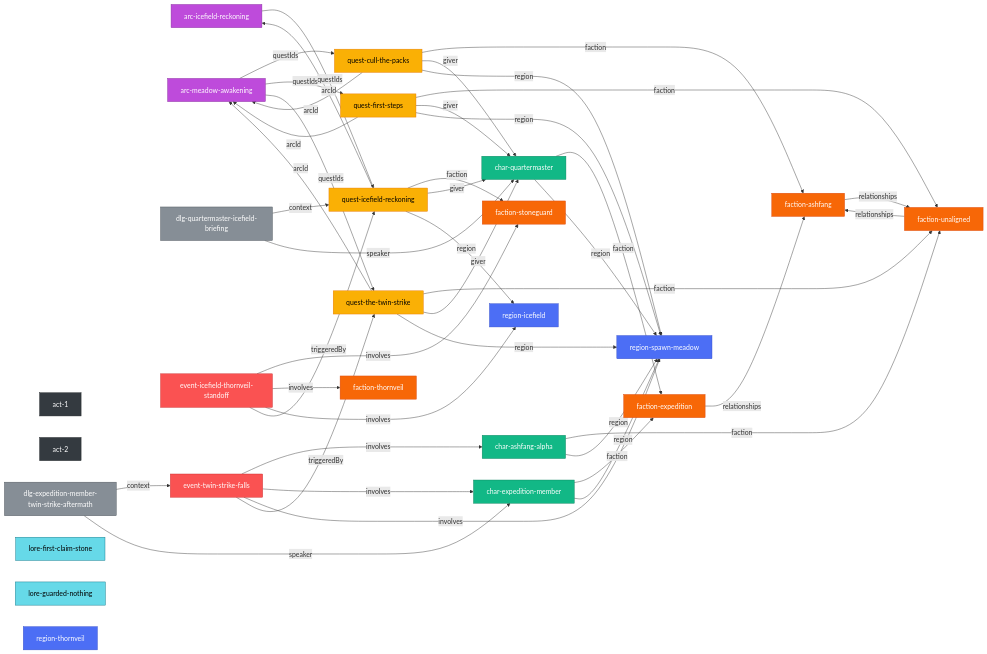
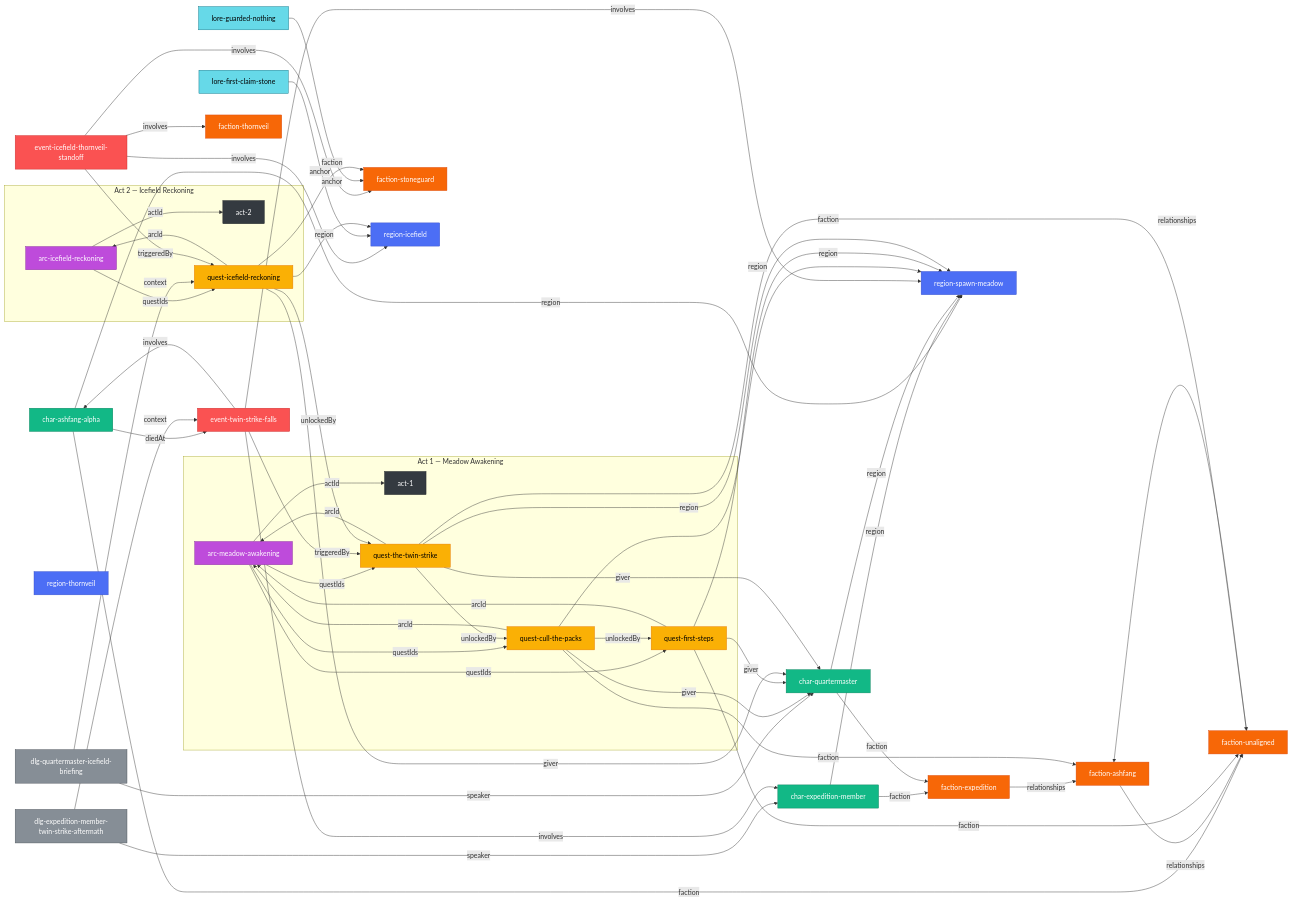
One commit to montionugera/atlas-world-svc changed the diagram in docs/story/story-graph.md. Above: the diagram before and after it, drawn with Mermaid. The commit also changed other lines of this file and 2 other files, not shown here.

Commit message:
feat: mermaid act subgraphs + v2 edges (narrative v2 T4)

````diff
--- a/docs/story/story-graph.md
+++ b/docs/story/story-graph.md
@@ -23,10 +26,18 @@
   classDef dialogue fill:#868E96,color:#fff,stroke:#495057,stroke-width:1px
   classDef lore fill:#66D9E8,color:#000,stroke:#0B7285,stroke-width:1px
 
-  n_act_1["act-1"]:::act
-  n_act_2["act-2"]:::act
-  n_arc_icefield_reckoning["arc-icefield-reckoning"]:::arc
-  n_arc_meadow_awakening["arc-meadow-awakening"]:::arc
+  subgraph sg_n_act_1["Act 1 — Meadow Awakening"]
+    n_act_1["act-1"]:::act
+    n_arc_meadow_awakening["arc-meadow-awakening"]:::arc
+    n_quest_cull_the_packs["quest-cull-the-packs"]:::quest
+    n_quest_first_steps["quest-first-steps"]:::quest
+    n_quest_the_twin_strike["quest-the-twin-strike"]:::quest
+  end
+  subgraph sg_n_act_2["Act 2 — Icefield Reckoning"]
+    n_act_2["act-2"]:::act
+    n_arc_icefield_reckoning["arc-icefield-reckoning"]:::arc
+    n_quest_icefield_reckoning["quest-icefield-reckoning"]:::quest
+  end
   n_char_ashfang_alpha["char-ashfang-alpha"]:::character
   n_char_expedition_member["char-expedition-member"]:::character
   n_char_quartermaster["char-quartermaster"]:::character
@@ -41,18 +52,17 @@
   n_faction_unaligned["faction-unaligned"]:::faction
   n_lore_first_claim_stone["lore-first-claim-stone"]:::lore
   n_lore_guarded_nothing["lore-guarded-nothing"]:::lore
-  n_quest_cull_the_packs["quest-cull-the-packs"]:::quest
-  n_quest_first_steps["quest-first-steps"]:::quest
-  n_quest_icefield_reckoning["quest-icefield-reckoning"]:::quest
-  n_quest_the_twin_strike["quest-the-twin-strike"]:::quest
   n_region_icefield["region-icefield"]:::region
   n_region_spawn_meadow["region-spawn-meadow"]:::region
   n_region_thornveil["region-thornveil"]:::region
 
+  n_arc_icefield_reckoning -->|actId| n_act_2
   n_arc_icefield_reckoning -->|questIds| n_quest_icefield_reckoning
+  n_arc_meadow_awakening -->|actId| n_act_1
   n_arc_meadow_awakening -->|questIds| n_quest_cull_the_packs
   n_arc_meadow_awakening -->|questIds| n_quest_first_steps
   n_arc_meadow_awakening -->|questIds| n_quest_the_twin_strike
+  n_char_ashfang_alpha -->|diedAt| n_event_twin_strike_falls
   n_char_ashfang_alpha -->|faction| n_faction_unaligned
   n_char_ashfang_alpha -->|region| n_region_spawn_meadow
   n_char_expedition_member -->|faction| n_faction_expedition
@@ -74,10 +84,13 @@
   n_faction_ashfang -->|relationships| n_faction_unaligned
   n_faction_expedition -->|relationships| n_faction_ashfang
   n_faction_unaligned -->|relationships| n_faction_ashfang
+  n_lore_first_claim_stone -->|anchor| n_region_icefield
+  n_lore_guarded_nothing -->|anchor| n_faction_stoneguard
   n_quest_cull_the_packs -->|arcId| n_arc_meadow_awakening
   n_quest_cull_the_packs -->|faction| n_faction_ashfang
   n_quest_cull_the_packs -->|giver| n_char_quartermaster
   n_quest_cull_the_packs -->|region| n_region_spawn_meadow
+  n_quest_cull_the_packs -->|unlockedBy| n_quest_first_steps
   n_quest_first_steps -->|arcId| n_arc_meadow_awakening
   n_quest_first_steps -->|faction| n_faction_unaligned
   n_quest_first_steps -->|giver| n_char_quartermaster
@@ -86,8 +99,10 @@
   n_quest_icefield_reckoning -->|faction| n_faction_stoneguard
   n_quest_icefield_reckoning -->|giver| n_char_quartermaster
   n_quest_icefield_reckoning -->|region| n_region_icefield
+  n_quest_icefield_reckoning -->|unlockedBy| n_quest_the_twin_strike
   n_quest_the_twin_strike -->|arcId| n_arc_meadow_awakening
   n_quest_the_twin_strike -->|faction| n_faction_unaligned
   n_quest_the_twin_strike -->|giver| n_char_quartermaster
   n_quest_the_twin_strike -->|region| n_region_spawn_meadow
+  n_quest_the_twin_strike -->|unlockedBy| n_quest_cull_the_packs
 ```
````
